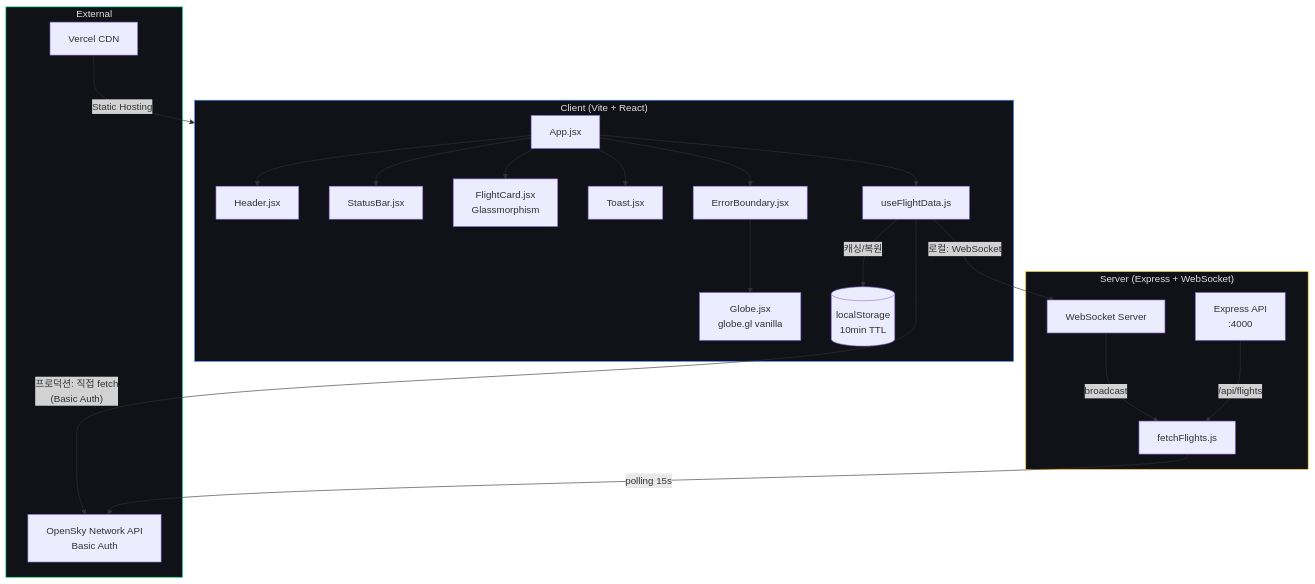
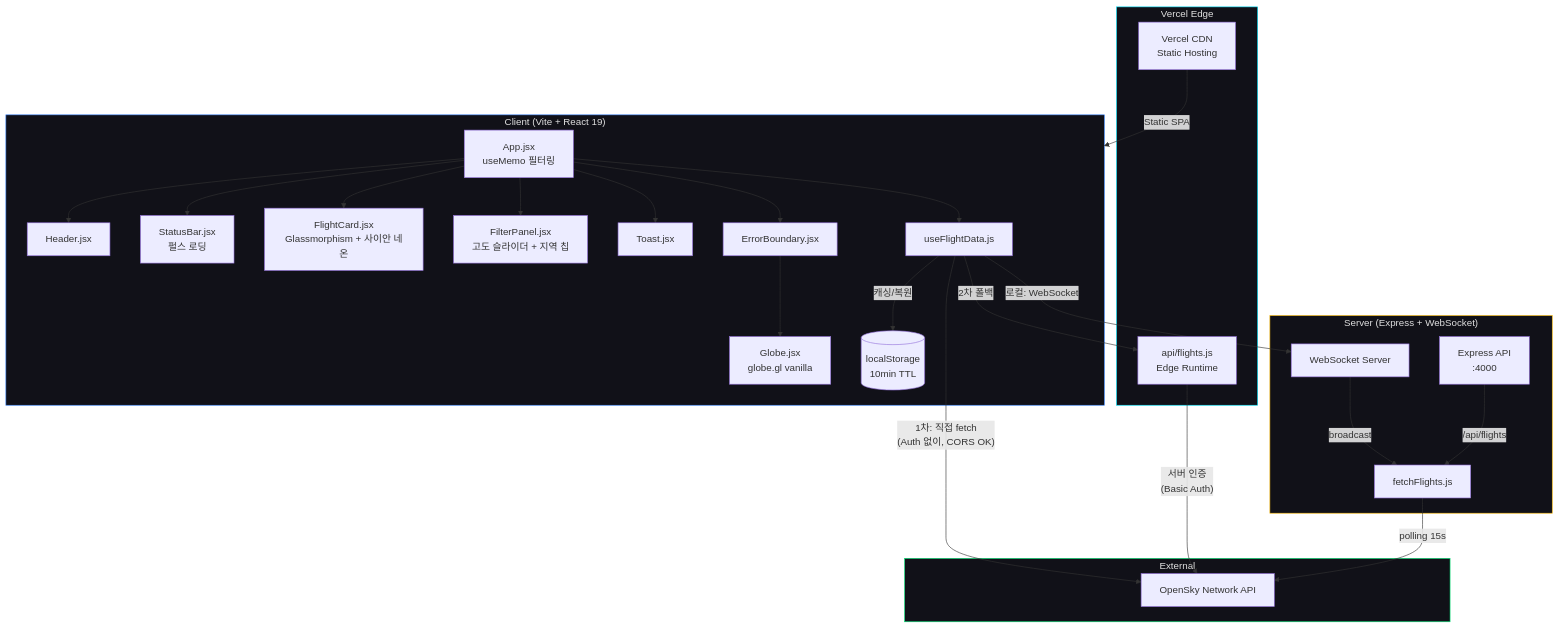
One commit to sunyoung-lee/global-sky-watcher changed the diagram in Project_retro.md. Above: the diagram before and after it, drawn with Mermaid. The commit also changed other lines of this file and 2 other files, not shown here.

````diff
--- a/Project_retro.md
+++ b/Project_retro.md
@@ -127,46 +202,55 @@
 ```mermaid
 graph TB
-    subgraph Client["Client (Vite + React)"]
-        App[App.jsx]
+    subgraph Client["Client (Vite + React 19)"]
+        App[App.jsx<br/>useMemo 필터링]
         Globe[Globe.jsx<br/>globe.gl vanilla]
         Header[Header.jsx]
-        StatusBar[StatusBar.jsx]
-        FlightCard[FlightCard.jsx<br/>Glassmorphism]
+        StatusBar[StatusBar.jsx<br/>펄스 로딩]
+        FlightCard[FlightCard.jsx<br/>Glassmorphism + 사이안 네온]
+        FilterPanel[FilterPanel.jsx<br/>고도 슬라이더 + 지역 칩]
         Toast[Toast.jsx]
         Hook[useFlightData.js]
         EB[ErrorBoundary.jsx]
         Cache[(localStorage<br/>10min TTL)]
     end
 
     subgraph Server["Server (Express + WebSocket)"]
         Express[Express API<br/>:4000]
         WS[WebSocket Server]
         Fetcher[fetchFlights.js]
     end
 
+    subgraph Edge["Vercel Edge"]
+        EdgeFn[api/flights.js<br/>Edge Runtime]
+        CDN[Vercel CDN<br/>Static Hosting]
+    end
+
     subgraph External["External"]
-        OpenSky[OpenSky Network API<br/>Basic Auth]
-        Vercel[Vercel CDN]
+        OpenSky[OpenSky Network API]
     end
 
     App --> EB --> Globe
     App --> Header
     App --> StatusBar
     App --> FlightCard
+    App --> FilterPanel
     App --> Toast
     App --> Hook
 
-    Hook -->|"프로덕션: 직접 fetch<br/>(Basic Auth)"| OpenSky
+    Hook -->|"1차: 직접 fetch<br/>(Auth 없이, CORS OK)"| OpenSky
+    Hook -->|"2차 폴백"| EdgeFn
     Hook -->|"로컬: WebSocket"| WS
     Hook -->|"캐싱/복원"| Cache
 
+    EdgeFn -->|"서버 인증<br/>(Basic Auth)"| OpenSky
     WS -->|broadcast| Fetcher
     Express -->|/api/flights| Fetcher
     Fetcher -->|polling 15s| OpenSky
 
-    Vercel -->|Static Hosting| Client
+    CDN -->|Static SPA| Client
 
     style Client fill:#111118,stroke:#3a86ff,color:#e0e0e0
     style Server fill:#111118,stroke:#ffbe0b,color:#e0e0e0
+    style Edge fill:#111118,stroke:#00e5ff,color:#e0e0e0
     style External fill:#111118,stroke:#00e676,color:#e0e0e0
 ```
````
